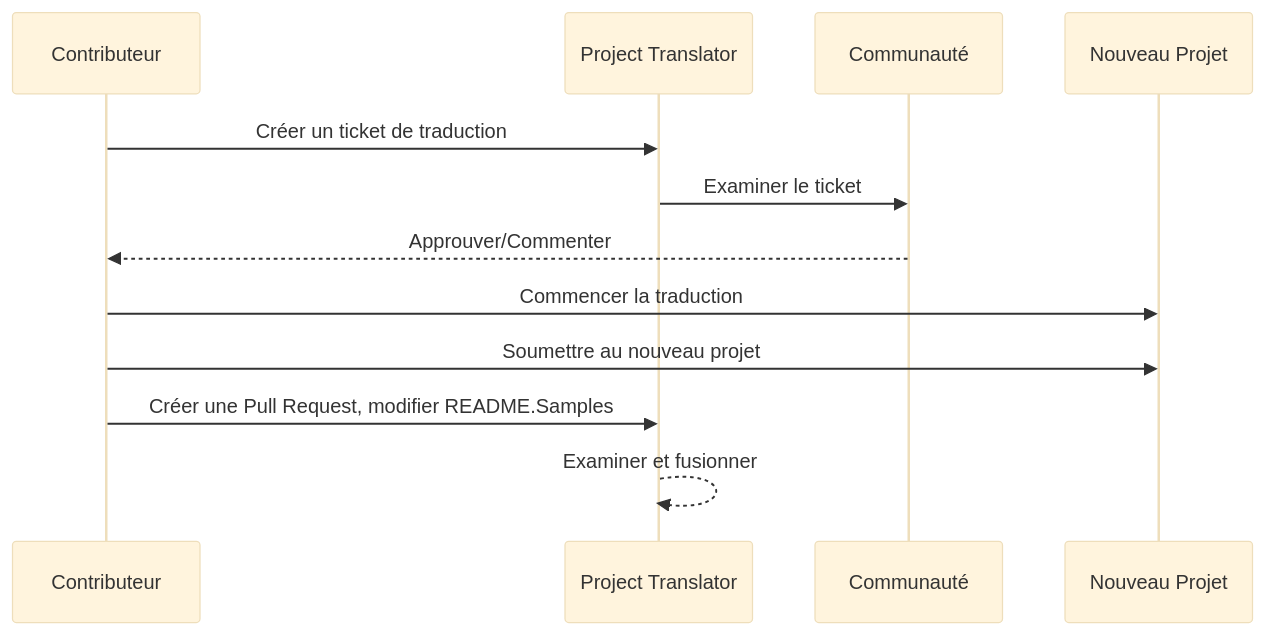
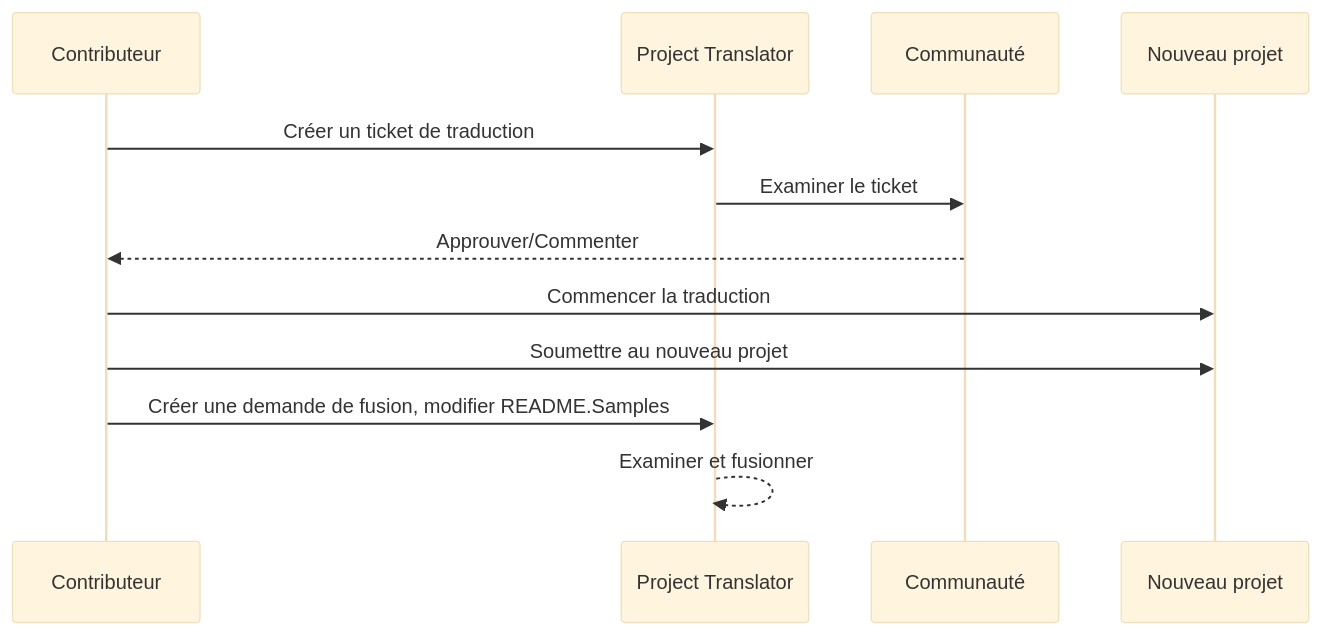
Before and after one commit to Project-Translation/project_translator: the diagram in readmes/README.fr-fr.md, drawn with Mermaid (base theme). The commit also changed other lines of this file and 73 other files, not shown here.

````diff
--- a/readmes/README.fr-fr.md
+++ b/readmes/README.fr-fr.md
@@ -33,10 +50,10 @@
 ```mermaid
 sequenceDiagram
   Contributeur->>Project Translator: Créer un ticket de traduction
   Project Translator->>Communauté: Examiner le ticket
   Communauté-->>Contributeur: Approuver/Commenter
-  Contributeur->>Nouveau Projet: Commencer la traduction
-  Contributeur->>Nouveau Projet: Soumettre au nouveau projet
-  Contributeur->>Project Translator: Créer une Pull Request, modifier README.Samples
+  Contributeur->>Nouveau projet: Commencer la traduction
+  Contributeur->>Nouveau projet: Soumettre au nouveau projet
+  Contributeur->>Project Translator: Créer une demande de fusion, modifier README.Samples
   Project Translator-->>Project Translator: Examiner et fusionner
 ```
````
